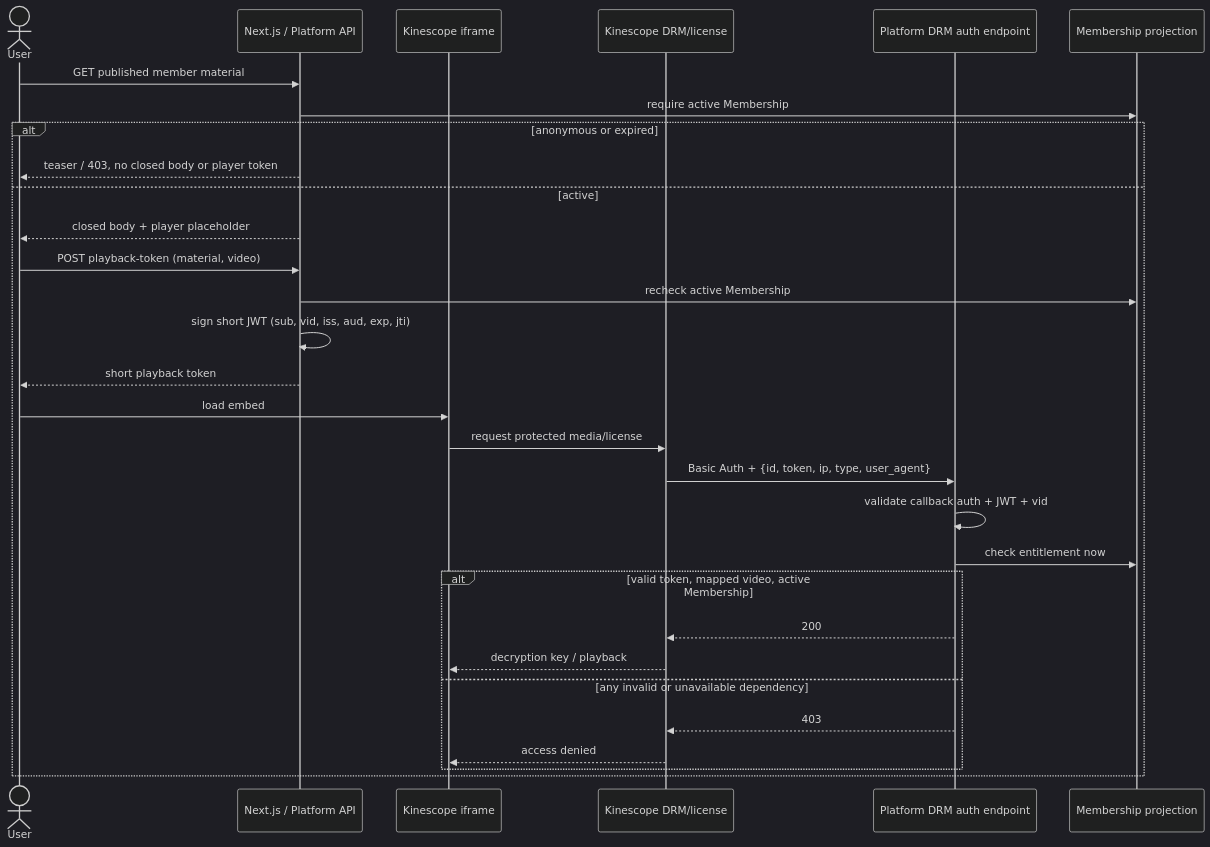
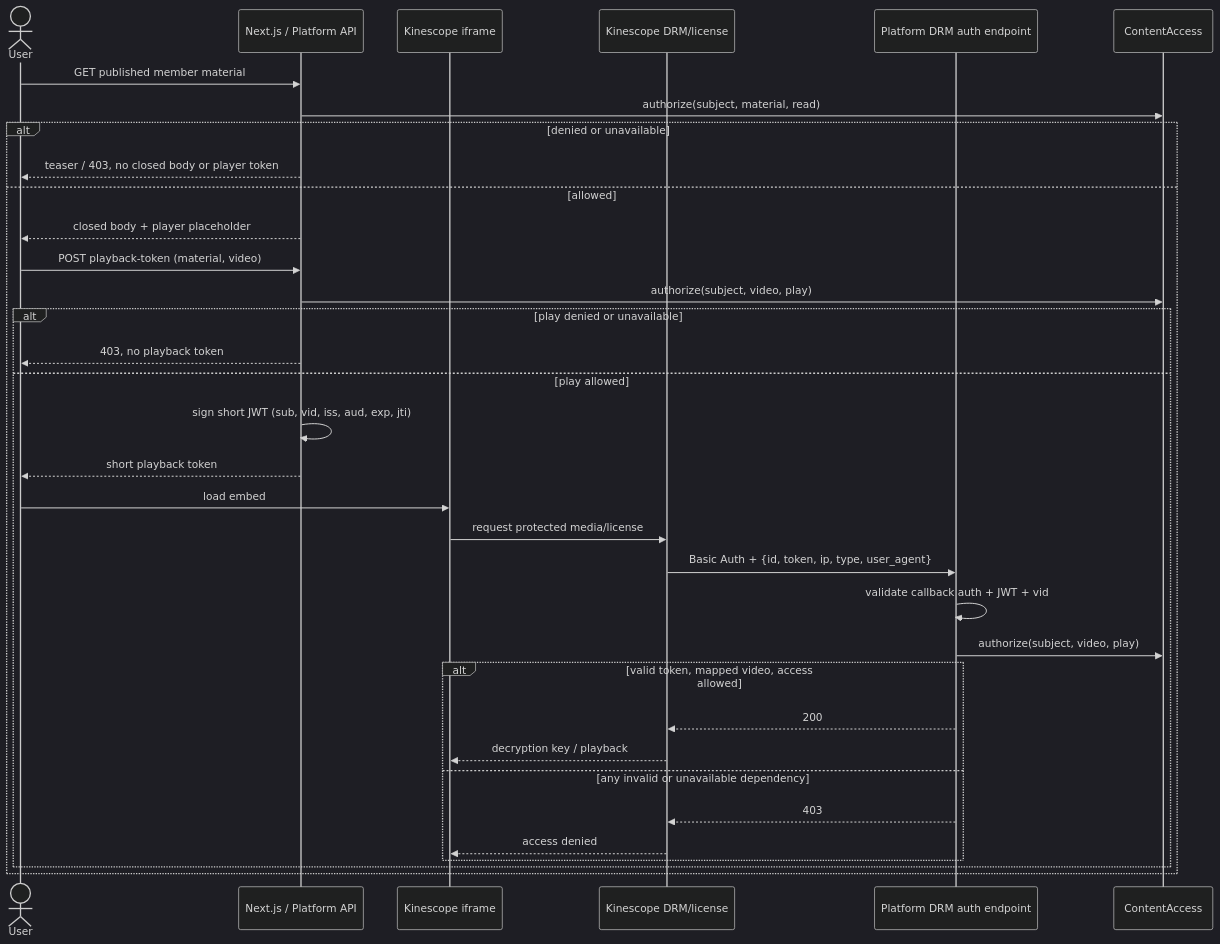
One commit to sachkov-inside/workspace changed the third of 3 diagrams in docs/research/platform-kinescope-video-lifecycle.md. Above: the diagram before and after it, drawn with Mermaid (dark theme). The commit also changed other lines of this file, not shown here.

````diff
--- a/docs/research/platform-kinescope-video-lifecycle.md
+++ b/docs/research/platform-kinescope-video-lifecycle.md
@@ -227,33 +231,37 @@
 ```mermaid
 sequenceDiagram
     actor User
     participant Web as Next.js / Platform API
     participant Player as Kinescope iframe
     participant DRM as Kinescope DRM/license
     participant Auth as Platform DRM auth endpoint
-    participant Membership as Membership projection
+    participant Access as ContentAccess
 
     User->>Web: GET published member material
-    Web->>Membership: require active Membership
-    alt anonymous or expired
+    Web->>Access: authorize(subject, material, read)
+    alt denied or unavailable
         Web-->>User: teaser / 403, no closed body or player token
-    else active
+    else allowed
         Web-->>User: closed body + player placeholder
         User->>Web: POST playback-token (material, video)
-        Web->>Membership: recheck active Membership
-        Web->>Web: sign short JWT (sub, vid, iss, aud, exp, jti)
-        Web-->>User: short playback token
-        User->>Player: load embed
-        Player->>DRM: request protected media/license
-        DRM->>Auth: Basic Auth + {id, token, ip, type, user_agent}
-        Auth->>Auth: validate callback auth + JWT + vid
-        Auth->>Membership: check entitlement now
-        alt valid token, mapped video, active Membership
-            Auth-->>DRM: 200
-            DRM-->>Player: decryption key / playback
-        else any invalid or unavailable dependency
-            Auth-->>DRM: 403
-            DRM-->>Player: access denied
+        Web->>Access: authorize(subject, video, play)
+        alt play denied or unavailable
+            Web-->>User: 403, no playback token
+        else play allowed
+            Web->>Web: sign short JWT (sub, vid, iss, aud, exp, jti)
+            Web-->>User: short playback token
+            User->>Player: load embed
+            Player->>DRM: request protected media/license
+            DRM->>Auth: Basic Auth + {id, token, ip, type, user_agent}
+            Auth->>Auth: validate callback auth + JWT + vid
+            Auth->>Access: authorize(subject, video, play)
+            alt valid token, mapped video, access allowed
+                Auth-->>DRM: 200
+                DRM-->>Player: decryption key / playback
+            else any invalid or unavailable dependency
+                Auth-->>DRM: 403
+                DRM-->>Player: access denied
+            end
         end
     end
 ```
````
